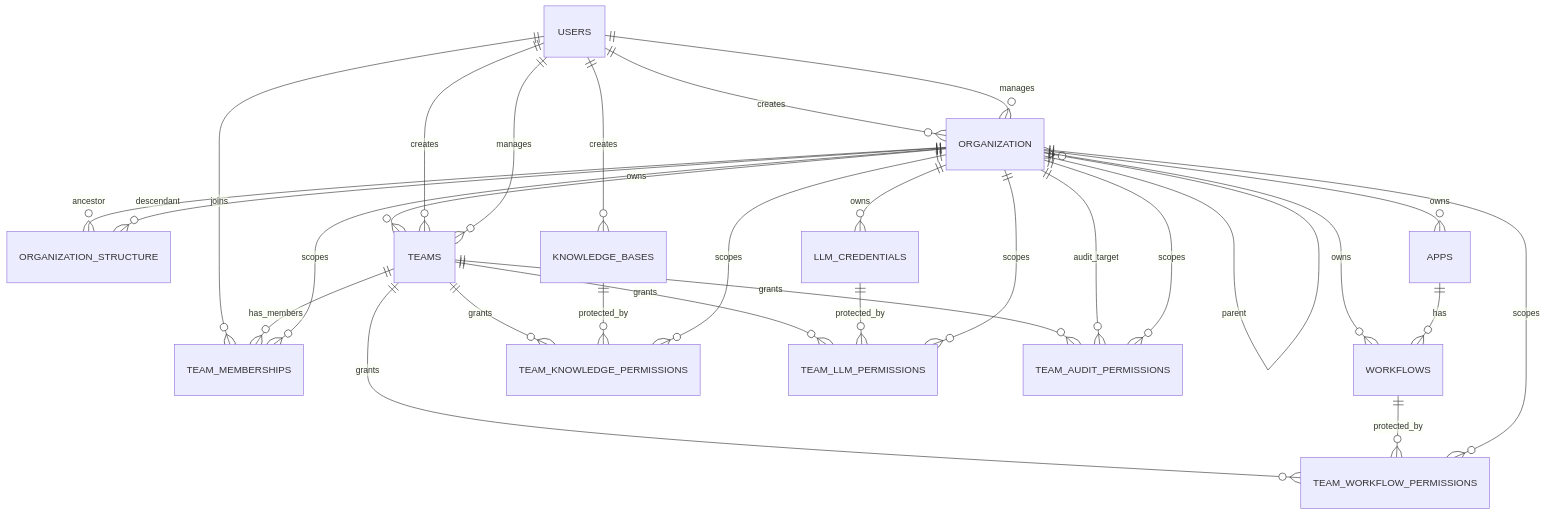
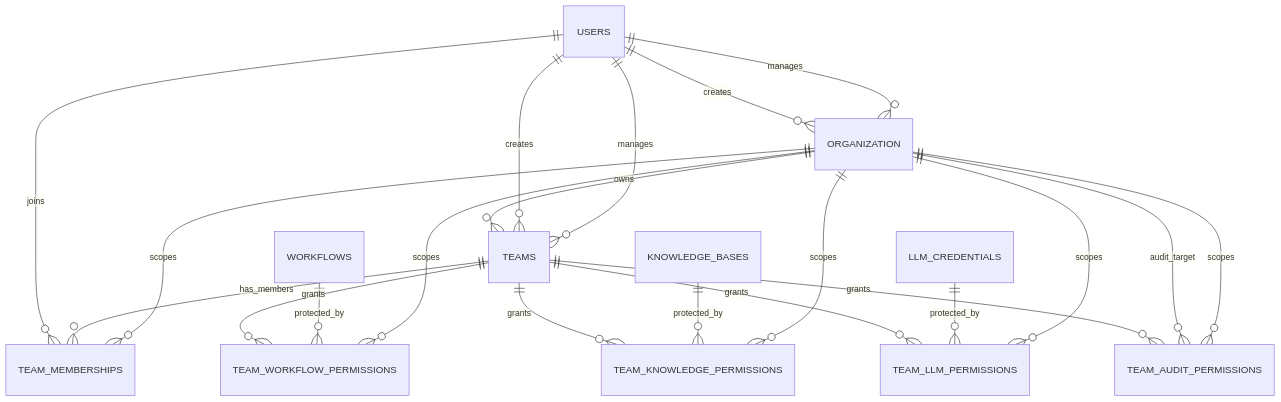
The diagram in docs/rbac_relationships.md (gannak1/nodease_refactoring_gannak1), drawn with Mermaid before and after one commit. The commit also changed other lines of this file and 19 other files, not shown here.

````diff
--- a/docs/rbac_relationships.md
+++ b/docs/rbac_relationships.md
@@ -650,38 +272,29 @@
 ```mermaid
 erDiagram
     USERS ||--o{ ORGANIZATION : creates
     USERS ||--o{ ORGANIZATION : manages
-    ORGANIZATION ||--o{ ORGANIZATION : parent
-    ORGANIZATION ||--o{ ORGANIZATION_STRUCTURE : ancestor
-    ORGANIZATION ||--o{ ORGANIZATION_STRUCTURE : descendant
 
     ORGANIZATION ||--o{ TEAMS : owns
     USERS ||--o{ TEAMS : creates
     USERS ||--o{ TEAMS : manages
 
     USERS ||--o{ TEAM_MEMBERSHIPS : joins
     TEAMS ||--o{ TEAM_MEMBERSHIPS : has_members
     ORGANIZATION ||--o{ TEAM_MEMBERSHIPS : scopes
 
     TEAMS ||--o{ TEAM_WORKFLOW_PERMISSIONS : grants
     WORKFLOWS ||--o{ TEAM_WORKFLOW_PERMISSIONS : protected_by
     ORGANIZATION ||--o{ TEAM_WORKFLOW_PERMISSIONS : scopes
 
     TEAMS ||--o{ TEAM_KNOWLEDGE_PERMISSIONS : grants
     KNOWLEDGE_BASES ||--o{ TEAM_KNOWLEDGE_PERMISSIONS : protected_by
     ORGANIZATION ||--o{ TEAM_KNOWLEDGE_PERMISSIONS : scopes
 
     TEAMS ||--o{ TEAM_LLM_PERMISSIONS : grants
     LLM_CREDENTIALS ||--o{ TEAM_LLM_PERMISSIONS : protected_by
     ORGANIZATION ||--o{ TEAM_LLM_PERMISSIONS : scopes
 
     TEAMS ||--o{ TEAM_AUDIT_PERMISSIONS : grants
     ORGANIZATION ||--o{ TEAM_AUDIT_PERMISSIONS : audit_target
     ORGANIZATION ||--o{ TEAM_AUDIT_PERMISSIONS : scopes
-
-    ORGANIZATION ||--o{ APPS : owns
-    ORGANIZATION ||--o{ WORKFLOWS : owns
-    APPS ||--o{ WORKFLOWS : has
-    ORGANIZATION ||--o{ LLM_CREDENTIALS : owns
-    USERS ||--o{ KNOWLEDGE_BASES : creates
 ```
````
